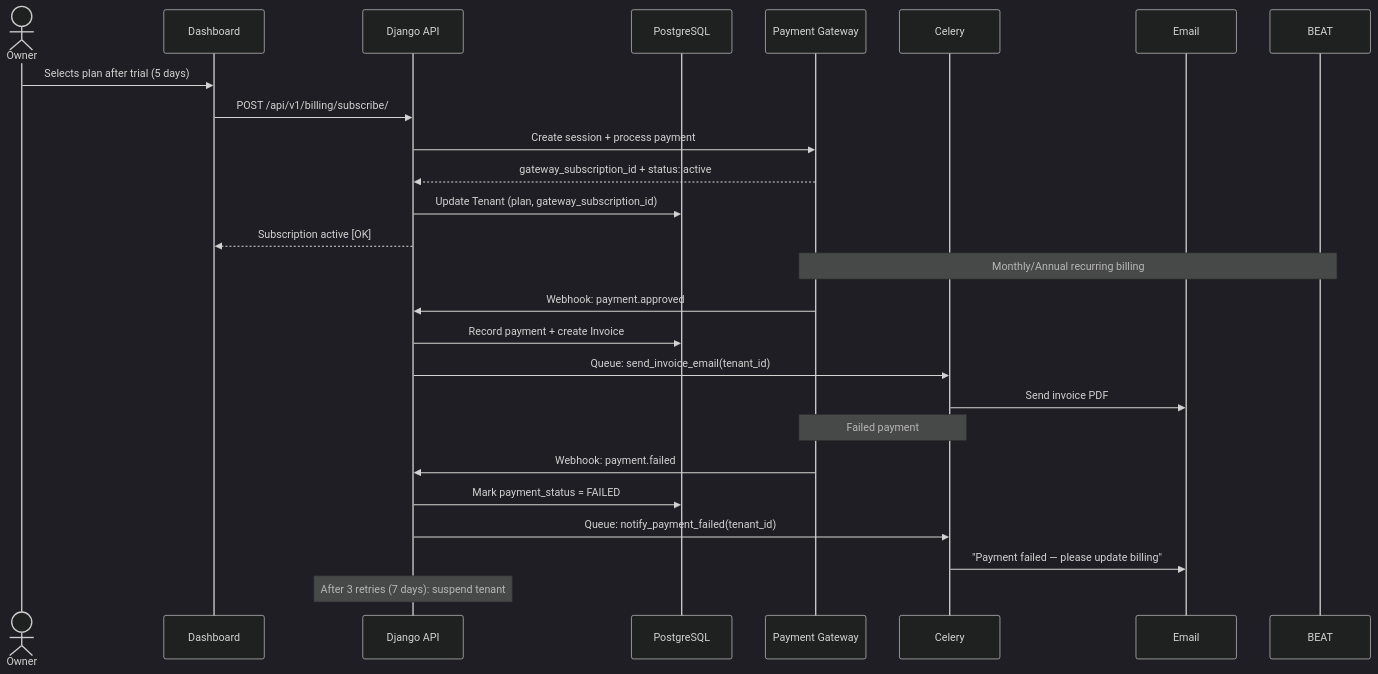
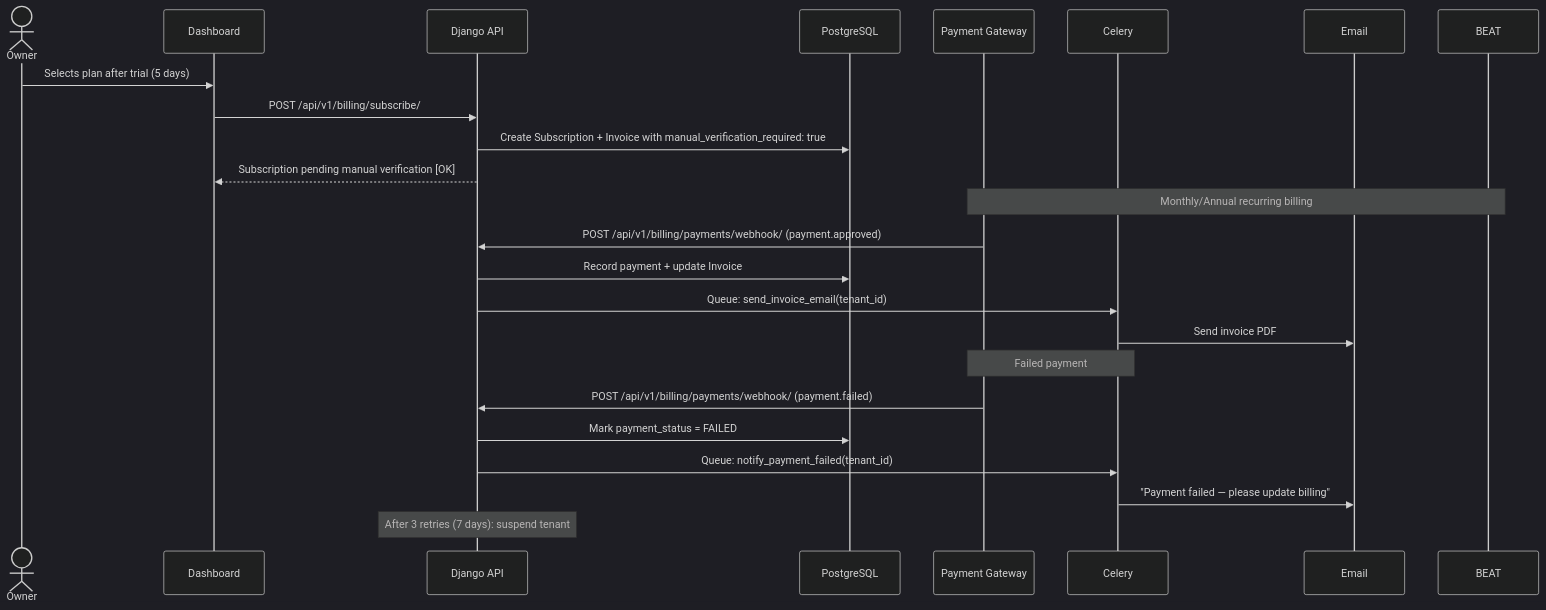
The seventh of 12 diagrams in docs/02-architecture/ARCHITECTURE.md (somatechlat/loyallia), drawn with Mermaid (dark theme) before and after one commit. The commit also changed other lines of this file and 50 other files, not shown here.

````diff
--- a/docs/02-architecture/ARCHITECTURE.md
+++ b/docs/02-architecture/ARCHITECTURE.md
@@ -301,30 +297,28 @@
 ```mermaid
 sequenceDiagram
     actor Owner
     participant DASH as Dashboard
     participant API as Django API
     participant DB as PostgreSQL
     participant GWY as Payment Gateway
     participant CEL as Celery
     participant SMTP as Email
 
     Owner->>DASH: Selects plan after trial (5 days)
     DASH->>API: POST /api/v1/billing/subscribe/
-    API->>GWY: Create session + process payment
-    GWY-->>API: gateway_subscription_id + status: active
-    API->>DB: Update Tenant (plan, gateway_subscription_id)
-    API-->>DASH: Subscription active [OK]
+    API->>DB: Create Subscription + Invoice with manual_verification_required: true
+    API-->>DASH: Subscription pending manual verification [OK]
 
     Note over BEAT,GWY: Monthly/Annual recurring billing
-    GWY->>API: Webhook: payment.approved
-    API->>DB: Record payment + create Invoice
+    GWY->>API: POST /api/v1/billing/payments/webhook/ (payment.approved)
+    API->>DB: Record payment + update Invoice
     API->>CEL: Queue: send_invoice_email(tenant_id)
     CEL->>SMTP: Send invoice PDF
 
     Note over GWY,CEL: Failed payment
-    GWY->>API: Webhook: payment.failed
+    GWY->>API: POST /api/v1/billing/payments/webhook/ (payment.failed)
     API->>DB: Mark payment_status = FAILED
     API->>CEL: Queue: notify_payment_failed(tenant_id)
     CEL->>SMTP: "Payment failed — please update billing"
     Note over API: After 3 retries (7 days): suspend tenant
 ```
````
